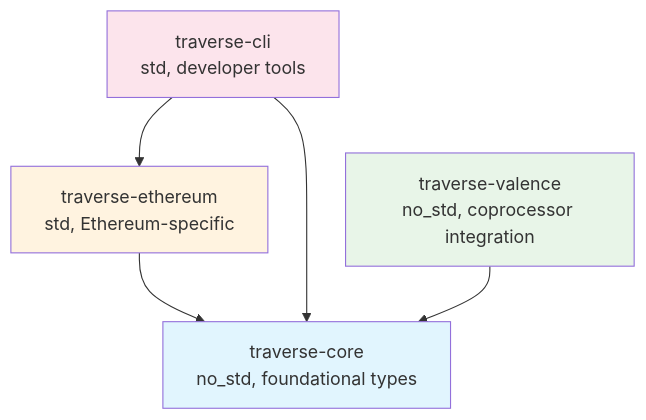
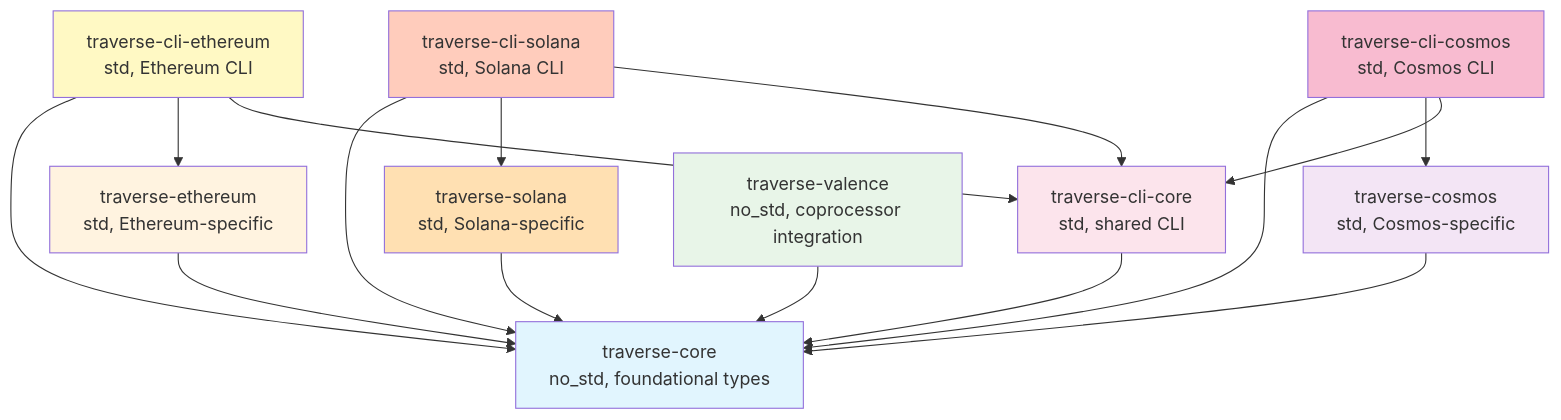
The second of 2 diagrams in docs/architecture.md (timewave-computer/traverse), drawn with Mermaid before and after one commit. The commit also changed other lines of this file and 38 other files, not shown here.

````diff
--- a/docs/architecture.md
+++ b/docs/architecture.md
@@ -102,17 +148,37 @@
 ```mermaid
 graph TD
     TC[traverse-core<br/>no_std, foundational types] 
     TE[traverse-ethereum<br/>std, Ethereum-specific]
-    CLI[traverse-cli<br/>std, developer tools]
+    TS[traverse-solana<br/>std, Solana-specific]
+    TCO[traverse-cosmos<br/>std, Cosmos-specific]
+    TCC[traverse-cli-core<br/>std, shared CLI]
+    TCE[traverse-cli-ethereum<br/>std, Ethereum CLI]
+    TCS[traverse-cli-solana<br/>std, Solana CLI]
+    TCCO[traverse-cli-cosmos<br/>std, Cosmos CLI]
     TV[traverse-valence<br/>no_std, coprocessor integration]
     
     TE --> TC
-    CLI --> TC
-    CLI --> TE
+    TS --> TC
+    TCO --> TC
+    TCC --> TC
+    TCE --> TC
+    TCE --> TE
+    TCE --> TCC
+    TCS --> TC
+    TCS --> TS
+    TCS --> TCC
+    TCCO --> TC
+    TCCO --> TCO
+    TCCO --> TCC
     TV --> TC
     
     style TC fill:#e1f5fe
     style TV fill:#e8f5e8
     style TE fill:#fff3e0
-    style CLI fill:#fce4ec
+    style TS fill:#ffe0b2
+    style TCO fill:#f3e5f5
+    style TCC fill:#fce4ec
+    style TCE fill:#fff9c4
+    style TCS fill:#ffccbc
+    style TCCO fill:#f8bbd0
 ```
````
